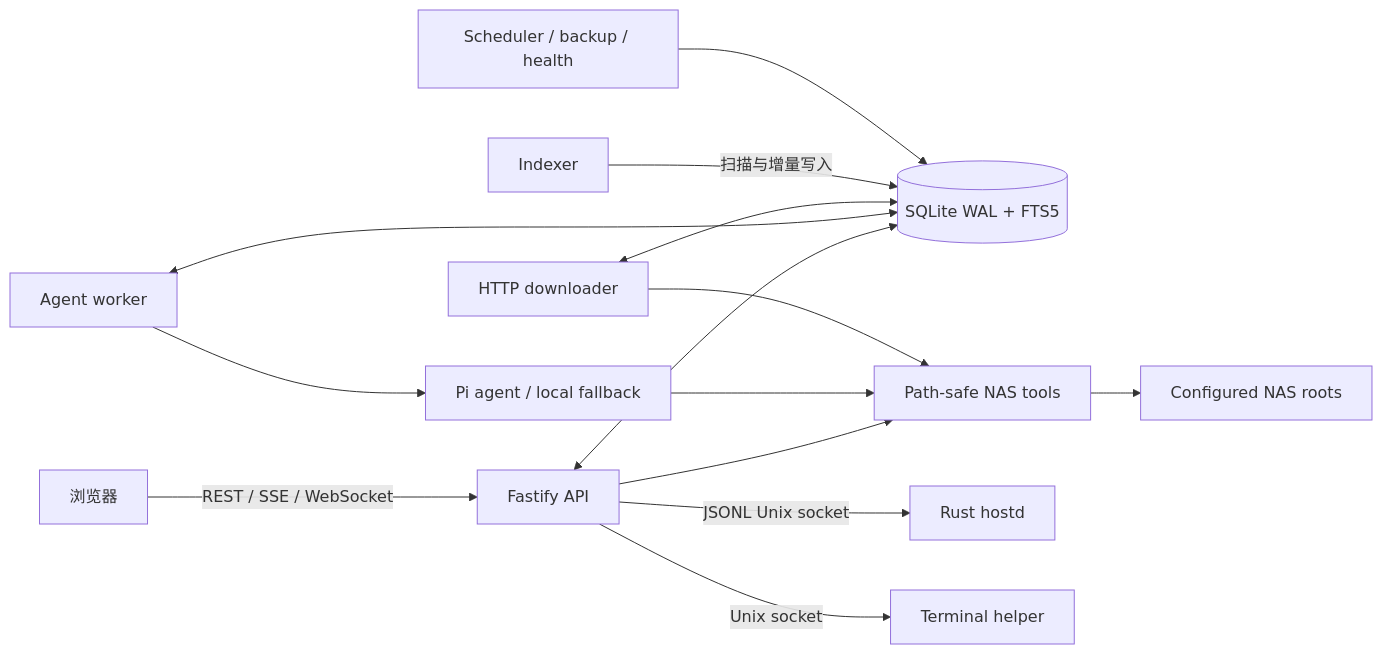
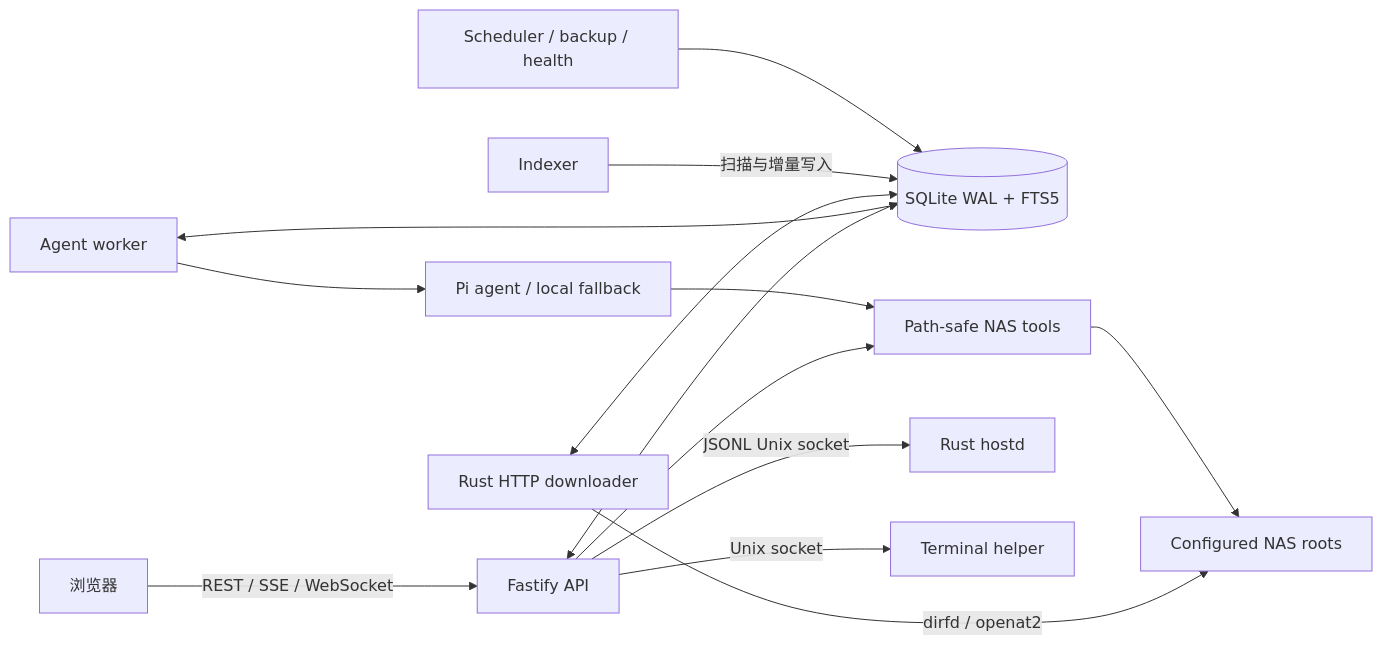
One commit to zhubby/SigmaOS changed the diagram in docs/src/content/docs/architecture/system-overview.md. Above: the diagram before and after it, drawn with Mermaid. The commit also changed other lines of this file and 55 other files, not shown here.

Commit message:
feat(downloader): replace Node runtime with resilient Rust service

````diff
--- a/docs/src/content/docs/architecture/system-overview.md
+++ b/docs/src/content/docs/architecture/system-overview.md
@@ -12,16 +12,16 @@
 ```mermaid
 flowchart LR
   Browser[浏览器] -->|REST / SSE / WebSocket| API[Fastify API]
   API <--> DB[(SQLite WAL + FTS5)]
   API --> Tools[Path-safe NAS tools]
   Worker[Agent worker] <--> DB
   Worker --> Agent[Pi agent / local fallback]
   Agent --> Tools
-  Downloader[HTTP downloader] <--> DB
-  Downloader --> Tools
+  Downloader[Rust HTTP downloader] <--> DB
+  Downloader -->|dirfd / openat2| NAS
   Indexer[Indexer] -->|扫描与增量写入| DB
   Scheduler[Scheduler / backup / health] --> DB
   API -->|JSONL Unix socket| Hostd[Rust hostd]
   API -->|Unix socket| Terminal[Terminal helper]
   Tools --> NAS[Configured NAS roots]
 ```
````
